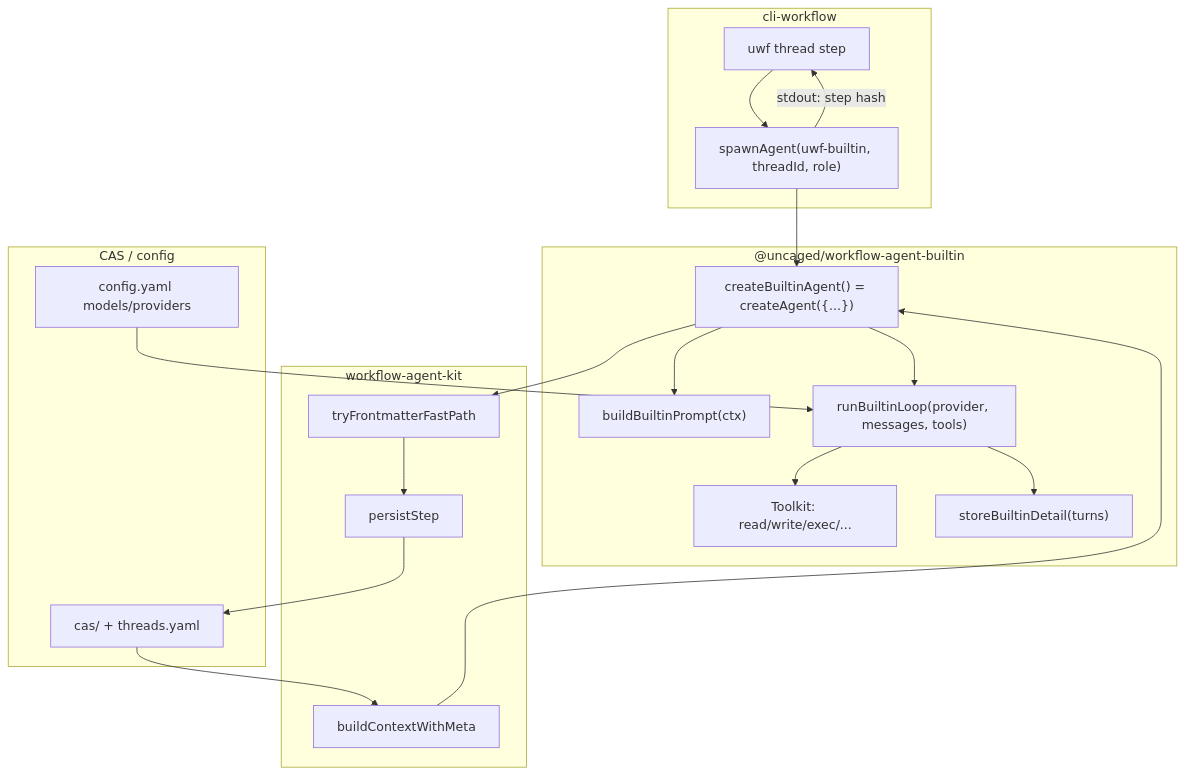
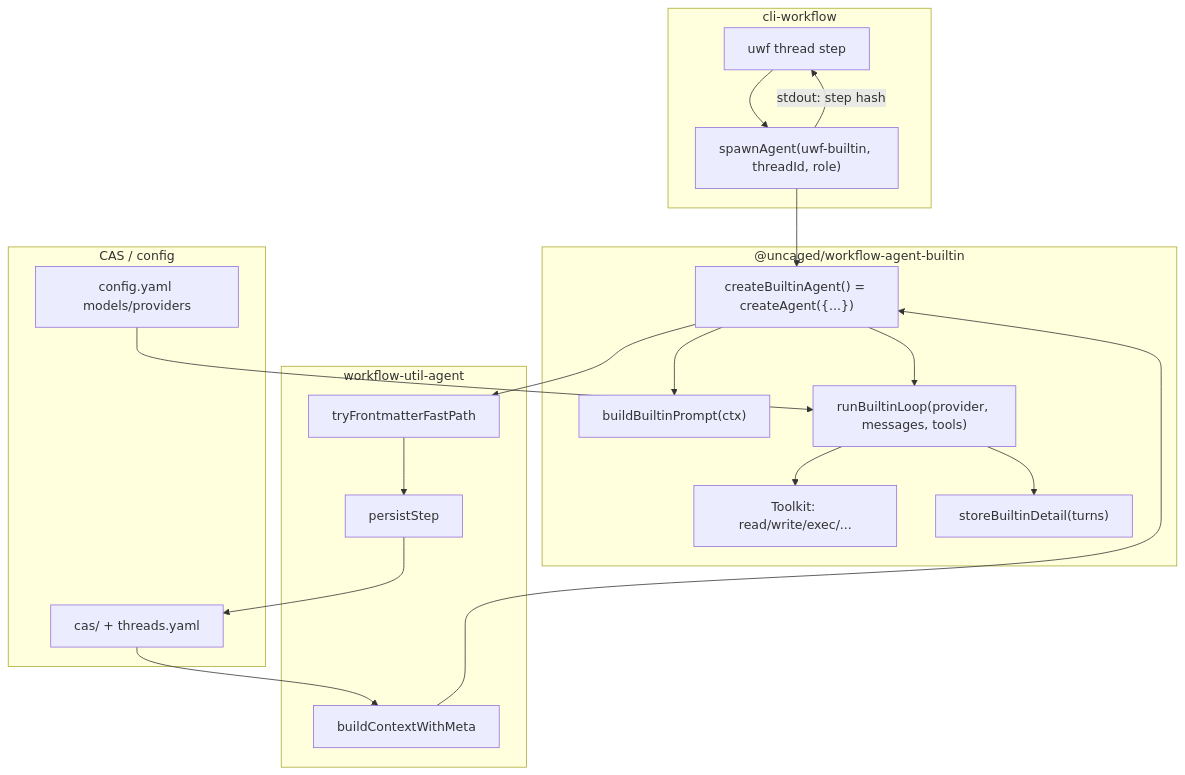
One commit to shazhou-ww/united-workforce changed the diagram in docs/builtin-agent-research.md. Above: the diagram before and after it, drawn with Mermaid. The commit also changed other lines of this file and 65 other files, not shown here.

First line of the commit message:
refactor: rename workflow-agent-kit → workflow-util-agent, merge workflow-moderator into cli-workflow

````diff
--- a/docs/builtin-agent-research.md
+++ b/docs/builtin-agent-research.md
@@ -592,40 +592,40 @@
 ```mermaid
 flowchart TB
   subgraph cli ["cli-workflow"]
     Step["uwf thread step"]
     Spawn["spawnAgent(uwf-builtin, threadId, role)"]
     Step --> Spawn
   end
 
   subgraph builtin_pkg ["@uncaged/workflow-agent-builtin"]
     Main["createBuiltinAgent() = createAgent({...})"]
     Prompt["buildBuiltinPrompt(ctx)"]
     Loop["runBuiltinLoop(provider, messages, tools)"]
     Tools["Toolkit: read/write/exec/..."]
     Detail["storeBuiltinDetail(turns)"]
     Main --> Prompt
     Main --> Loop
     Loop --> Tools
     Loop --> Detail
   end
 
-  subgraph kit ["workflow-agent-kit"]
+  subgraph kit ["workflow-util-agent"]
     Ctx["buildContextWithMeta"]
     FM["tryFrontmatterFastPath"]
     Persist["persistStep"]
     Ctx --> Main
     Main --> FM
     FM --> Persist
   end
 
   subgraph cas ["CAS / config"]
     Config["config.yaml models/providers"]
     CAS["cas/ + threads.yaml"]
   end
 
   Spawn --> Main
   Config --> Loop
   CAS --> Ctx
   Persist --> CAS
   Spawn -->|"stdout: step hash"| Step
 ```
````
